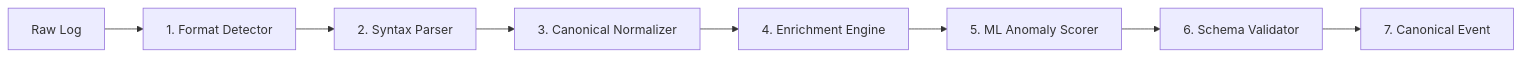
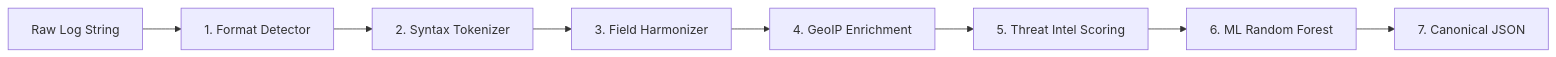
One commit to Anubhavgithub3/SIH changed the second of 3 diagrams in README.md. Above: the diagram before and after it, drawn with Mermaid. The commit also changed other lines of this file, not shown here.

Commit message:
Update README.md with detailed system architecture, Mermaid diagrams, ML model formulations, and deployment guides

````diff
--- a/README.md
+++ b/README.md
@@ -95,10 +129,10 @@
 ```mermaid
 flowchart LR
-    A["Raw Log"] --> B["1. Format Detector"]
-    B --> C["2. Syntax Parser"]
-    C --> D["3. Canonical Normalizer"]
-    D --> E["4. Enrichment Engine"]
-    E --> F["5. ML Anomaly Scorer"]
-    F --> G["6. Schema Validator"]
-    G --> H["7. Canonical Event"]
+    A["Raw Log String"] --> B["1. Format Detector"]
+    B --> C["2. Syntax Tokenizer"]
+    C --> D["3. Field Harmonizer"]
+    D --> E["4. GeoIP Enrichment"]
+    E --> F["5. Threat Intel Scoring"]
+    F --> G["6. ML Random Forest"]
+    G --> H["7. Canonical JSON"]
 ```
````
